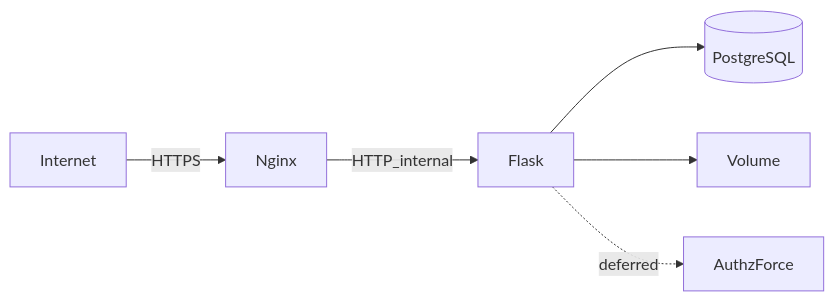
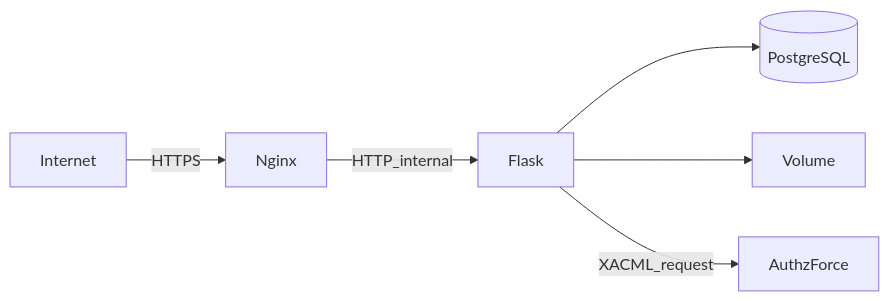
One commit to phillip-brule/snap changed the third of 3 diagrams in docs/ARCHITECTURE.md. Above: the diagram before and after it, drawn with Mermaid. The commit also changed other lines of this file and 8 other files, not shown here.

Commit message:
Access control with XACML 3.0 (AuthzForce)

````diff
--- a/docs/ARCHITECTURE.md
+++ b/docs/ARCHITECTURE.md
@@ -106,8 +109,8 @@
 ```mermaid
 flowchart LR
   Internet[Internet] -->|HTTPS| DMZ[Nginx]
   DMZ -->|HTTP_internal| App[Flask]
   App --> DB[(PostgreSQL)]
   App --> Files[Volume]
-  App -.->|deferred| PDP[AuthzForce]
+  App -->|XACML_request| PDP[AuthzForce]
 ```
````
